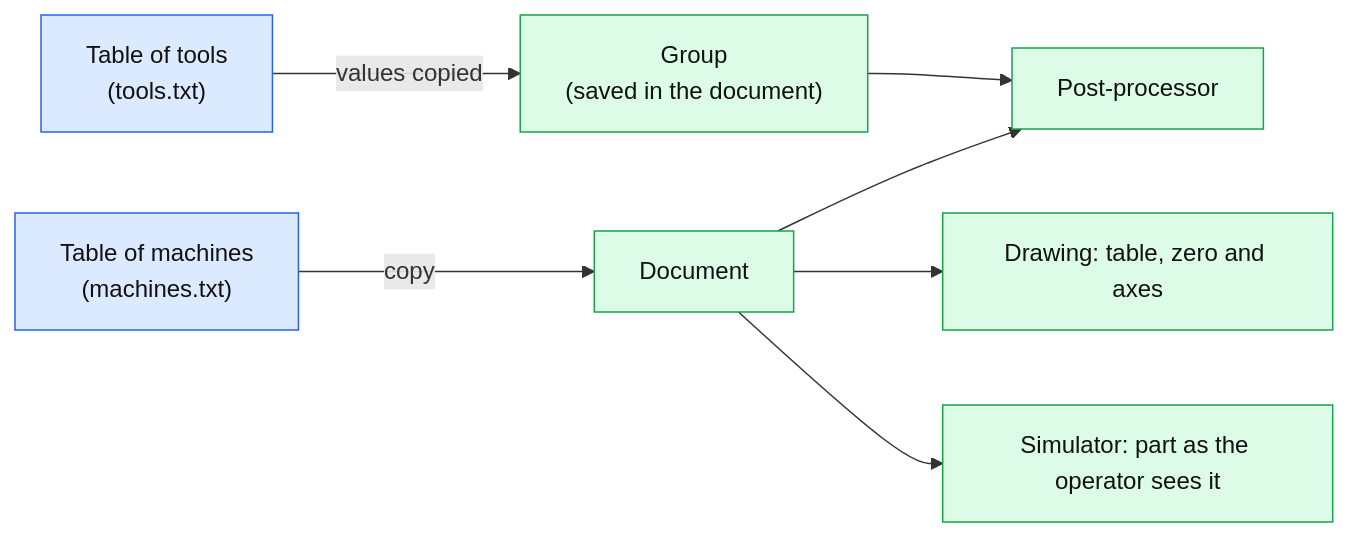
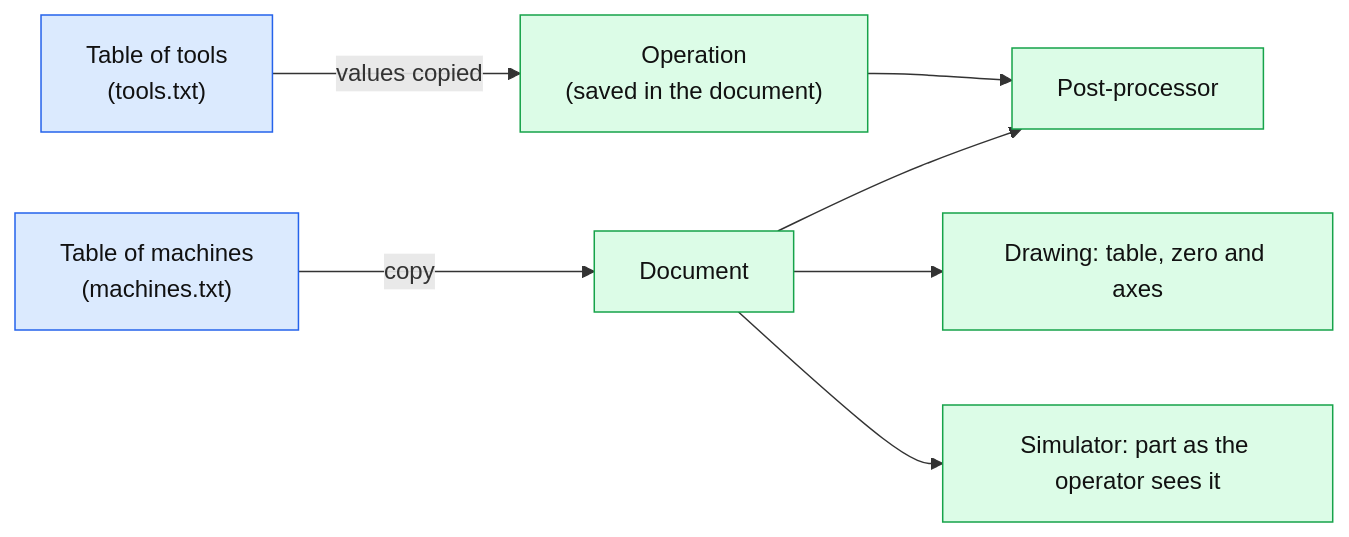
One commit to rebisway/openpostpro changed the diagram in docs/TOOLS-MACHINES.en.md. Above: the diagram before and after it, drawn with Mermaid. The commit also changed other lines of this file and 11 other files, not shown here.

Commit message:
The group of the CAM is called operation in the interface, the program comments and the docs (the group of the drawing is kept for the CAD)

````diff
--- a/docs/TOOLS-MACHINES.en.md
+++ b/docs/TOOLS-MACHINES.en.md
@@ -9,11 +9,11 @@
 ```mermaid
 flowchart LR
-  T["Table of tools<br/>(tools.txt)"]:::data -->|"values copied"| G["Group<br/>(saved in the document)"]:::app
+  T["Table of tools<br/>(tools.txt)"]:::data -->|"values copied"| G["Operation<br/>(saved in the document)"]:::app
   M["Table of machines<br/>(machines.txt)"]:::data -->|"copy"| D["Document"]:::app
   G --> P["Post-processor"]:::app
   D --> P
   D --> S["Drawing: table, zero and axes"]:::app
   D --> SIM["Simulator: part as the operator sees it"]:::app
   classDef data fill:#dbeafe,stroke:#2563eb,color:#111
   classDef app fill:#dcfce7,stroke:#16a34a,color:#111
 ```
````
